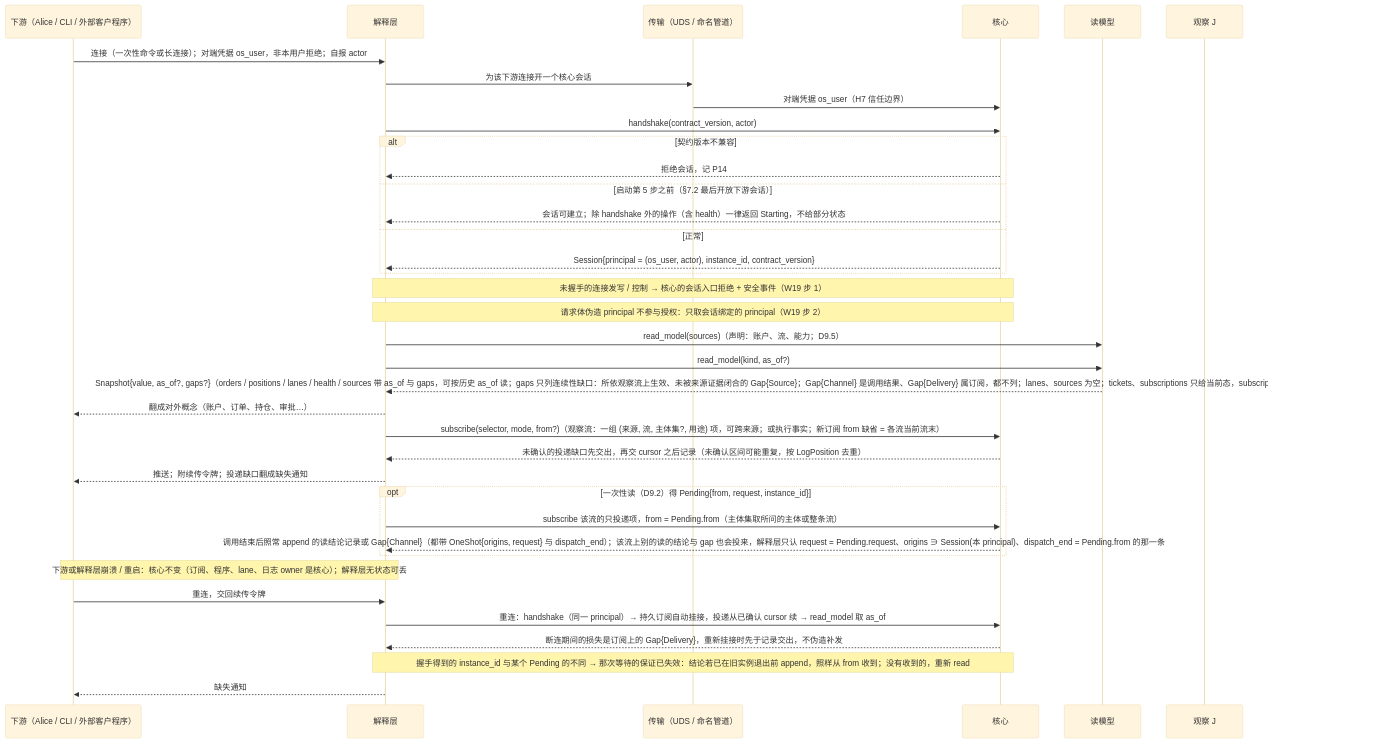
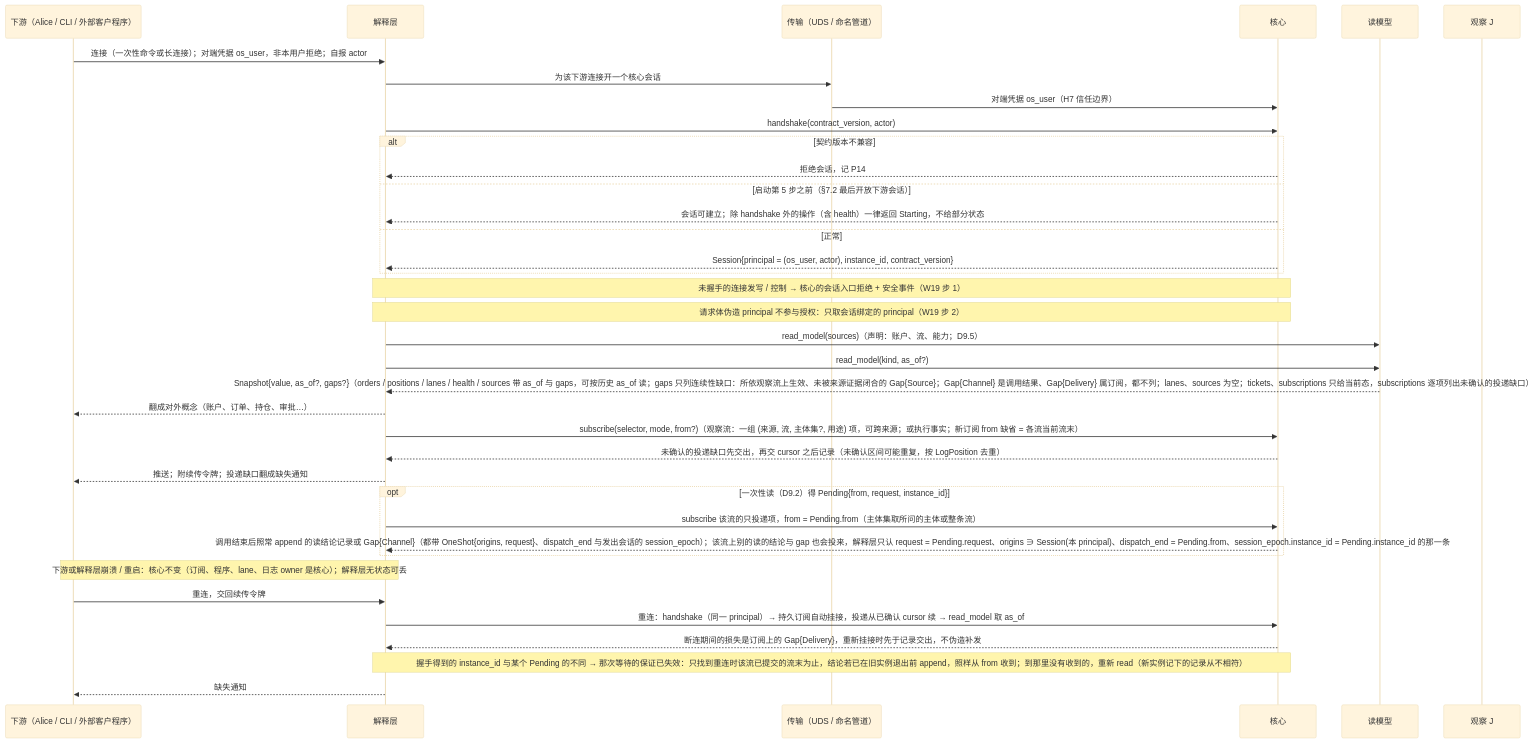
Before and after one commit to mouriya-s-lab/uta: the first of 5 diagrams in design/diagrams/09-alice-session.md, drawn with Mermaid (base theme). The commit also changed other lines of this file and 13 other files, not shown here.

Commit message:
design: rotation fulfilment record ends the credential_rotated obligation on the control stream; any restart/rotate committing during stop starts no run; run wording; Pending scoped to issuing instance; Expired folds to known not-handed-over; P3 scope

````diff
--- a/design/diagrams/09-alice-session.md
+++ b/design/diagrams/09-alice-session.md
@@ -9,39 +9,39 @@
 ```mermaid
 sequenceDiagram
   participant D as 下游（Alice / CLI / 外部客户程序）
   participant L as 解释层
   participant TR as 传输（UDS / 命名管道）
   participant C as 核心
   participant RM as 读模型
   participant J as 观察 J
   D->>L: 连接（一次性命令或长连接）；对端凭据 os_user，非本用户拒绝；自报 actor
   L->>TR: 为该下游连接开一个核心会话
   TR->>C: 对端凭据 os_user（H7 信任边界）
   L->>C: handshake(contract_version, actor)
   alt 契约版本不兼容
     C-->>L: 拒绝会话，记 P14
   else 启动第 5 步之前（§7.2 最后开放下游会话）
     C-->>L: 会话可建立；除 handshake 外的操作（含 health）一律返回 Starting，不给部分状态
   else 正常
     C-->>L: Session{principal = (os_user, actor), instance_id, contract_version}
   end
   Note over L,C: 未握手的连接发写 / 控制 → 核心的会话入口拒绝 + 安全事件（W19 步 1）
   Note over L,C: 请求体伪造 principal 不参与授权：只取会话绑定的 principal（W19 步 2）
   L->>RM: read_model(sources)（声明：账户、流、能力；D9.5）
   L->>RM: read_model(kind, as_of?)
   RM-->>L: Snapshot{value, as_of?, gaps?}（orders / positions / lanes / health / sources 带 as_of 与 gaps，可按历史 as_of 读；gaps 只列连续性缺口：所依观察流上生效、未被来源证据闭合的 Gap{Source}；Gap{Channel} 是调用结果、Gap{Delivery} 属订阅，都不列；lanes、sources 为空；tickets、subscriptions 只给当前态，subscriptions 逐项列出未确认的投递缺口）
   L-->>D: 翻成对外概念（账户、订单、持仓、审批…）
   L->>C: subscribe(selector, mode, from?)（观察流：一组 (来源, 流, 主体集?, 用途) 项，可跨来源；或执行事实；新订阅 from 缺省 = 各流当前流末）
   C-->>L: 未确认的投递缺口先交出，再交 cursor 之后记录（未确认区间可能重复，按 LogPosition 去重）
   L-->>D: 推送；附续传令牌；投递缺口翻成缺失通知
   opt 一次性读（D9.2）得 Pending{from, request, instance_id}
     L->>C: subscribe 该流的只投递项，from = Pending.from（主体集取所问的主体或整条流）
-    C-->>L: 调用结束后照常 append 的读结论记录或 Gap{Channel}（都带 OneShot{origins, request} 与 dispatch_end）；该流上别的读的结论与 gap 也会投来，解释层只认 request = Pending.request、origins ∋ Session(本 principal)、dispatch_end = Pending.from 的那一条
+    C-->>L: 调用结束后照常 append 的读结论记录或 Gap{Channel}（都带 OneShot{origins, request}、dispatch_end 与发出会话的 session_epoch）；该流上别的读的结论与 gap 也会投来，解释层只认 request = Pending.request、origins ∋ Session(本 principal)、dispatch_end = Pending.from、session_epoch.instance_id = Pending.instance_id 的那一条
   end
   Note over D,L: 下游或解释层崩溃 / 重启：核心不变（订阅、程序、lane、日志 owner 是核心）；解释层无状态可丢
   D->>L: 重连，交回续传令牌
   L->>C: 重连：handshake（同一 principal）→ 持久订阅自动挂接，投递从已确认 cursor 续 → read_model 取 as_of
   C-->>L: 断连期间的损失是订阅上的 Gap{Delivery}，重新挂接时先于记录交出，不伪造补发
-  Note over L,C: 握手得到的 instance_id 与某个 Pending 的不同 → 那次等待的保证已失效：结论若已在旧实例退出前 append，照样从 from 收到；没有收到的，重新 read
+  Note over L,C: 握手得到的 instance_id 与某个 Pending 的不同 → 那次等待的保证已失效：只找到重连时该流已提交的流末为止，结论若已在旧实例退出前 append，照样从 from 收到；到那里没有收到的，重新 read（新实例记下的记录从不相符）
   L-->>D: 缺失通知
 ```
````
